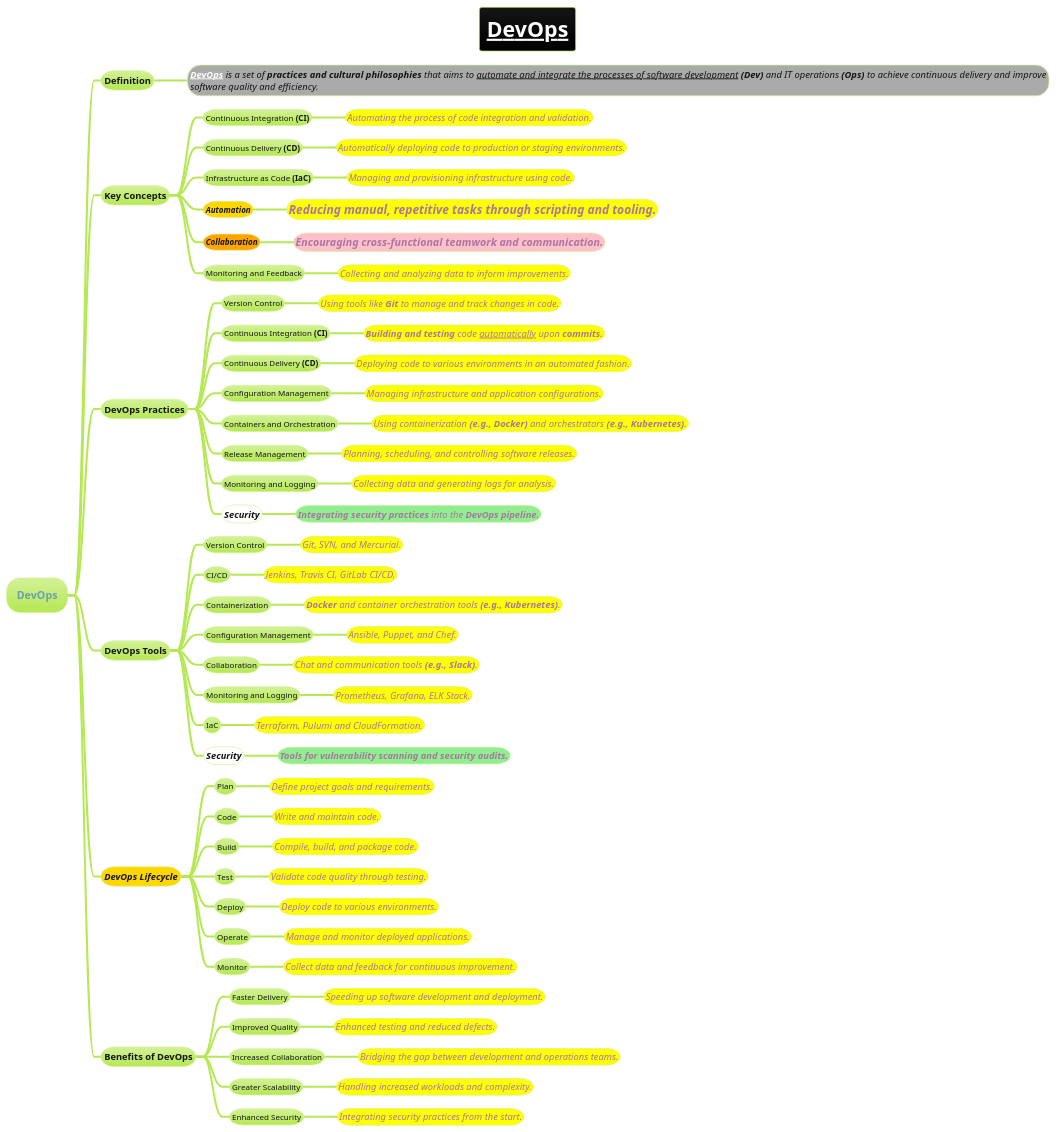
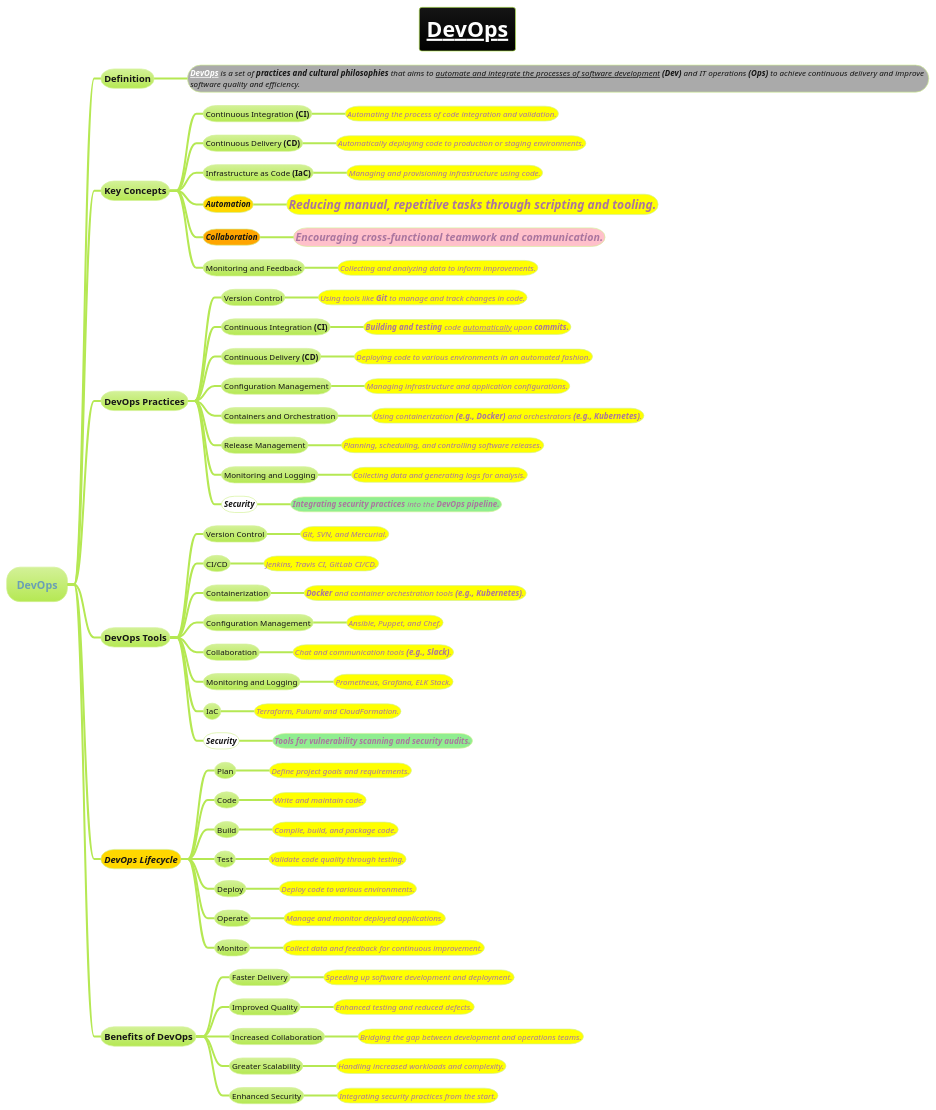
The diagram in docs/3-devops/devops-plantuml-mindmap/DevOps.puml (MehmoodHashmi/Documentation-as-Code-DaC), drawn with PlantUML before and after one commit. The commit also changed 11 other files, not shown here.

```diff
--- a/docs/3-devops/devops-plantuml-mindmap/DevOps.puml
+++ b/docs/3-devops/devops-plantuml-mindmap/DevOps.puml
@@ -1,87 +1,87 @@
 @startmindmap
 title =__**[[devops.puml DevOps]]**__
 !theme hacker
 
 * DevOps
 ** Definition
-***[#a] ====<size:14>**[[devops.puml DevOps]]** is a set of **practices and cultural philosophies** that aims to __automate and integrate the processes of software development__ **(Dev)** and IT operations **(Ops)** to achieve continuous delivery and improve \n<size:14>//software quality and efficiency.//
+***[#a] <i><size:12>**[[devops.puml DevOps]]** is a set of **practices and cultural philosophies** that aims to __automate and integrate the processes of software development__ **(Dev)** and IT operations **(Ops)** to achieve continuous delivery and improve \n<size:12>//software quality and efficiency.//
 
 ** Key Concepts
 *** Continuous Integration **(CI)**
-****[#yellow] ====<size:14>Automating the process of code integration and validation.
+****[#yellow] <i><size:12>Automating the process of code integration and validation.
 *** Continuous Delivery **(CD)**
-****[#yellow] ====<size:14>Automatically deploying code to production or staging environments.
+****[#yellow] <i><size:12>Automatically deploying code to production or staging environments.
 *** Infrastructure as Code **(IaC)**
-****[#yellow] ====<size:14>Managing and provisioning infrastructure using code.
-***[#gold] ====**Automation**
-****[#yellow] ====<size:18>**Reducing manual, repetitive tasks through scripting and tooling.**
-***[#orange] ====**Collaboration**
-****[#pink] ====<size:16>**Encouraging cross-functional teamwork and communication.**
+****[#yellow] <i><size:12>Managing and provisioning infrastructure using code.
+***[#gold] <i>**Automation**
+****[#yellow] <i><size:18>**Reducing manual, repetitive tasks through scripting and tooling.**
+***[#orange] <i>**Collaboration**
+****[#pink] <i><size:16>**Encouraging cross-functional teamwork and communication.**
 *** Monitoring and Feedback
-****[#yellow] ====<size:14>Collecting and analyzing data to inform improvements.
+****[#yellow] <i><size:12>Collecting and analyzing data to inform improvements.
 
 ** DevOps Practices
 *** Version Control
-****[#yellow] ====<size:14>Using tools like **Git** to manage and track changes in code.
+****[#yellow] <i><size:12>Using tools like **Git** to manage and track changes in code.
 *** Continuous Integration **(CI)**
-****[#yellow] ====<size:14>**Building and testing** code __automatically__ upon **commits.**
+****[#yellow] <i><size:12>**Building and testing** code __automatically__ upon **commits.**
 *** Continuous Delivery **(CD)**
-****[#yellow] ====<size:14>Deploying code to various environments in an automated fashion.
+****[#yellow] <i><size:12>Deploying code to various environments in an automated fashion.
 *** Configuration Management
-****[#yellow] ====<size:14>Managing infrastructure and application configurations.
+****[#yellow] <i><size:12>Managing infrastructure and application configurations.
 *** Containers and Orchestration
-****[#yellow] ====<size:14>Using containerization **(e.g., Docker)** and orchestrators **(e.g., Kubernetes)**.
+****[#yellow] <i><size:12>Using containerization **(e.g., Docker)** and orchestrators **(e.g., Kubernetes)**.
 *** Release Management
-****[#yellow] ====<size:14>Planning, scheduling, and controlling software releases.
+****[#yellow] <i><size:12>Planning, scheduling, and controlling software releases.
 *** Monitoring and Logging
-****[#yellow] ====<size:14>Collecting data and generating logs for analysis.
-***[#white] ====<size:14>**Security**
-****[#lightgreen] ====<size:14>**Integrating security practices** into the **DevOps pipeline.**
+****[#yellow] <i><size:12>Collecting data and generating logs for analysis.
+***[#white] <i><size:12>**Security**
+****[#lightgreen] <i><size:12>**Integrating security practices** into the **DevOps pipeline.**
 
 ** DevOps Tools
 *** Version Control
-****[#yellow] ====<size:14>Git, SVN, and Mercurial.
+****[#yellow] <i><size:12>Git, SVN, and Mercurial.
 *** CI/CD
-****[#yellow] ====<size:14>Jenkins, Travis CI, GitLab CI/CD.
+****[#yellow] <i><size:12>Jenkins, Travis CI, GitLab CI/CD.
 *** Containerization
-****[#yellow] ====<size:14>**Docker** and container orchestration tools **(e.g., Kubernetes)**.
+****[#yellow] <i><size:12>**Docker** and container orchestration tools **(e.g., Kubernetes)**.
 *** Configuration Management
-****[#yellow] ====<size:14>Ansible, Puppet, and Chef.
+****[#yellow] <i><size:12>Ansible, Puppet, and Chef.
 *** Collaboration
-****[#yellow] ====<size:14>Chat and communication tools **(e.g., Slack)**.
+****[#yellow] <i><size:12>Chat and communication tools **(e.g., Slack)**.
 *** Monitoring and Logging
-****[#yellow] ====<size:14>Prometheus, Grafana, ELK Stack.
+****[#yellow] <i><size:12>Prometheus, Grafana, ELK Stack.
 *** IaC
-****[#yellow] ====<size:14>Terraform, Pulumi and CloudFormation.
-***[#white] ====<size:14>**Security**
-****[#lightgreen] ====<size:14>**Tools for vulnerability scanning and security audits.**
+****[#yellow] <i><size:12>Terraform, Pulumi and CloudFormation.
+***[#white] <i><size:12>**Security**
+****[#lightgreen] <i><size:12>**Tools for vulnerability scanning and security audits.**
 
-**[#gold] ====DevOps Lifecycle
+**[#gold] <i>DevOps Lifecycle
 *** Plan
-****[#yellow] ====<size:14>Define project goals and requirements.
+****[#yellow] <i><size:12>Define project goals and requirements.
 *** Code
-****[#yellow] ====<size:14>Write and maintain code.
+****[#yellow] <i><size:12>Write and maintain code.
 *** Build
-****[#yellow] ====<size:14>Compile, build, and package code.
+****[#yellow] <i><size:12>Compile, build, and package code.
 *** Test
-****[#yellow] ====<size:14>Validate code quality through testing.
+****[#yellow] <i><size:12>Validate code quality through testing.
 *** Deploy
-****[#yellow] ====<size:14>Deploy code to various environments.
+****[#yellow] <i><size:12>Deploy code to various environments.
 *** Operate
-****[#yellow] ====<size:14>Manage and monitor deployed applications.
+****[#yellow] <i><size:12>Manage and monitor deployed applications.
 *** Monitor
-****[#yellow] ====<size:14>Collect data and feedback for continuous improvement.
+****[#yellow] <i><size:12>Collect data and feedback for continuous improvement.
 
 ** Benefits of DevOps
 *** Faster Delivery
-****[#yellow] ====<size:14>Speeding up software development and deployment.
+****[#yellow] <i><size:12>Speeding up software development and deployment.
 *** Improved Quality
-****[#yellow] ====<size:14>Enhanced testing and reduced defects.
+****[#yellow] <i><size:12>Enhanced testing and reduced defects.
 *** Increased Collaboration
-****[#yellow] ====<size:14>Bridging the gap between development and operations teams.
+****[#yellow] <i><size:12>Bridging the gap between development and operations teams.
 *** Greater Scalability
-****[#yellow] ====<size:14>Handling increased workloads and complexity.
+****[#yellow] <i><size:12>Handling increased workloads and complexity.
 *** Enhanced Security
-****[#yellow] ====<size:14>Integrating security practices from the start.
+****[#yellow] <i><size:12>Integrating security practices from the start.
 
 @endmindmap
```
